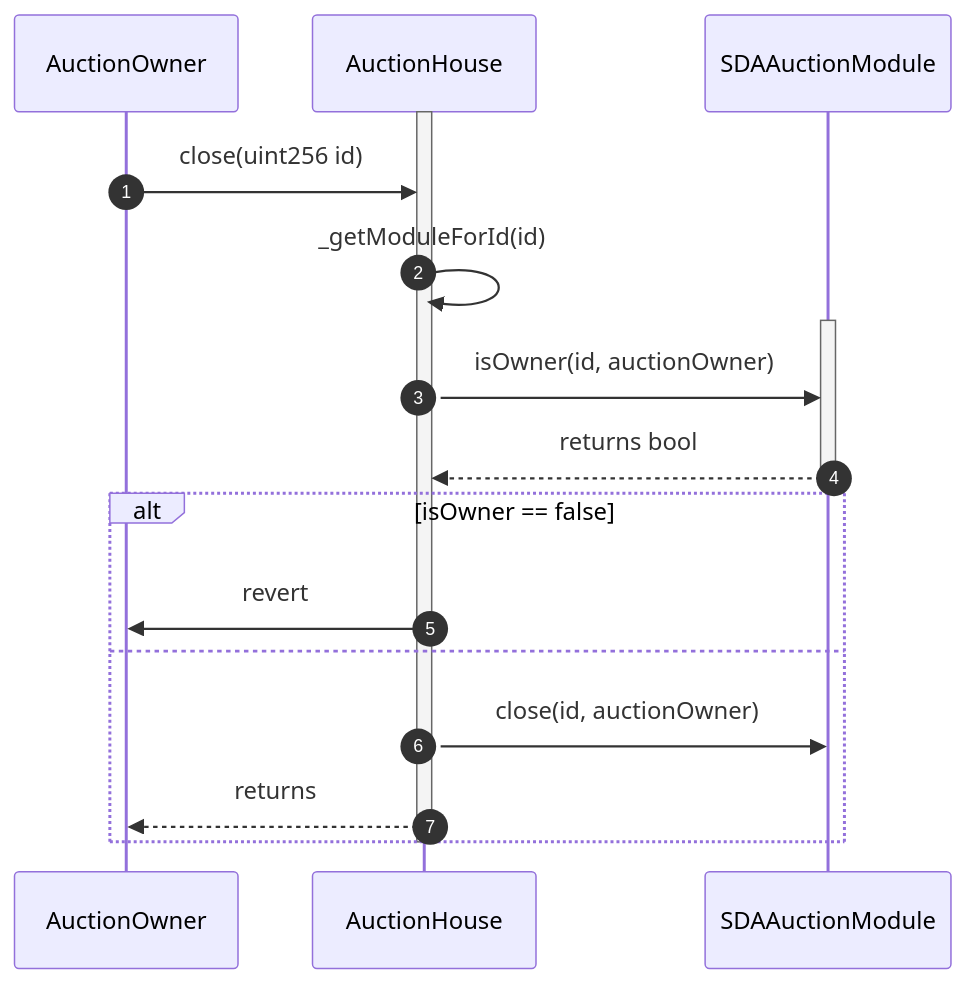
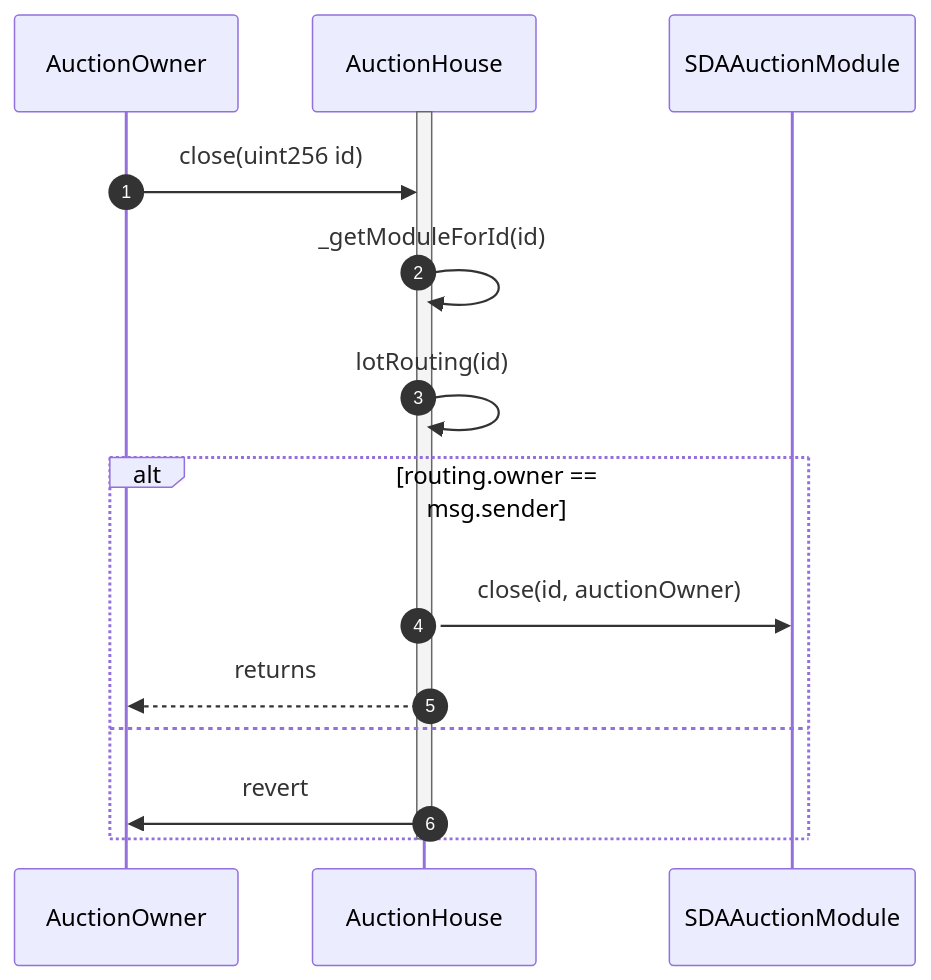
Before and after one commit to Axis-Fi/axis-core: the fifth of 7 diagrams in ARCHITECTURE.md, drawn with Mermaid. The commit also changed other lines of this file, not shown here.

Commit message:
doc: add'l architecture updates

````diff
--- a/ARCHITECTURE.md
+++ b/ARCHITECTURE.md
@@ -358,25 +376,22 @@
 ```mermaid
 sequenceDiagram
   autoNumber
   participant AuctionOwner
   participant AuctionHouse
   participant SDAAuctionModule
 
   activate AuctionHouse
     AuctionOwner->>AuctionHouse: close(uint256 id)
     
     AuctionHouse->>AuctionHouse: _getModuleForId(id)
 
-    activate SDAAuctionModule
-      AuctionHouse->>SDAAuctionModule: isOwner(id, auctionOwner)
-      SDAAuctionModule-->>AuctionHouse: returns bool
-    deactivate SDAAuctionModule
+    AuctionHouse->>AuctionHouse: lotRouting(id)
 
-    alt isOwner == false
-      AuctionHouse->>AuctionOwner: revert
-    else
+    alt routing.owner == msg.sender
       AuctionHouse->>SDAAuctionModule: close(id, auctionOwner)
       AuctionHouse-->>AuctionOwner: returns
+    else
+      AuctionHouse->>AuctionOwner: revert
     end    
   deactivate AuctionHouse
 ```
````
